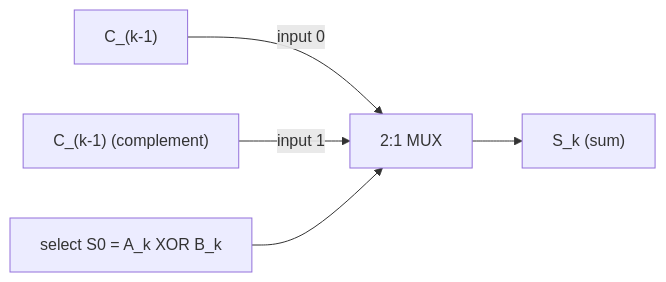
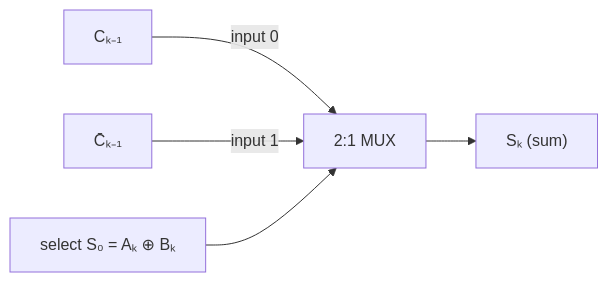
The fifth of 6 diagrams in Module-4-Focused.md (RaghulExists/VLSI), drawn with Mermaid before and after one commit. The commit also changed other lines of this file, not shown here.

Commit message:
Improve readability: format subscripts/variables with inline LaTeX and Unicode in diagrams

````diff
--- a/Module-4-Focused.md
+++ b/Module-4-Focused.md
@@ -425,7 +426,7 @@
 ```mermaid
 flowchart LR
-    Ckm1["C_(k-1)"] -->|input 0| MUX["2:1 MUX"]
-    Ckm1b["C_(k-1) (complement)"] -->|input 1| MUX
-    Sel["select S0 = A_k XOR B_k"] --> MUX
-    MUX --> Sk["S_k (sum)"]
+    Ckm1["Cₖ₋₁"] -->|input 0| MUX["2:1 MUX"]
+    Ckm1b["C̄ₖ₋₁"] -->|input 1| MUX
+    Sel["select S₀ = Aₖ ⊕ Bₖ"] --> MUX
+    MUX --> Sk["Sₖ (sum)"]
 ```
````
